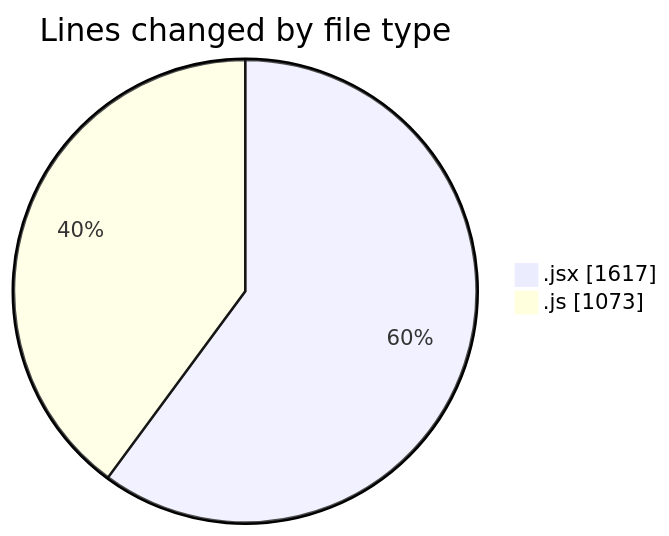
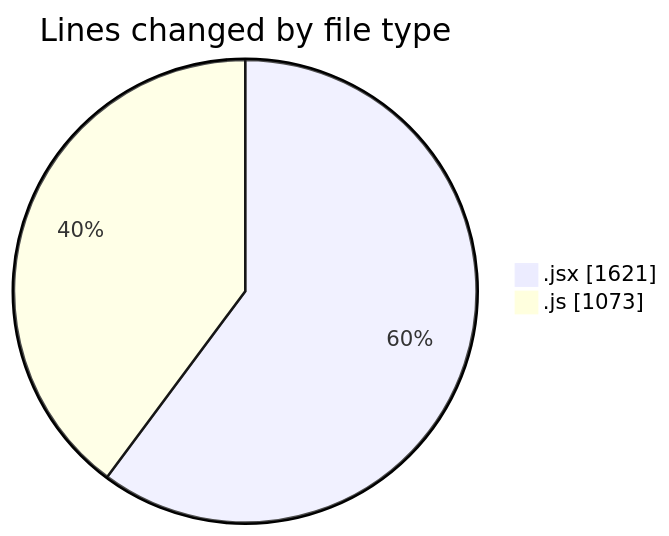
One commit to nxtqubesakshisongat/code-tracking changed the first of 2 diagrams in 2025-06-04/nxtqube_webapp/README.md. Above: the diagram before and after it, drawn with Mermaid. The commit also changed other lines of this file and 1 other file, not shown here.

````diff
--- a/2025-06-04/nxtqube_webapp/README.md
+++ b/2025-06-04/nxtqube_webapp/README.md
@@ -25,6 +25,6 @@
 ```mermaid
 pie showData
 title Lines changed by file type
-".jsx" : 1617
+".jsx" : 1621
 ".js" : 1073
 ```
````
